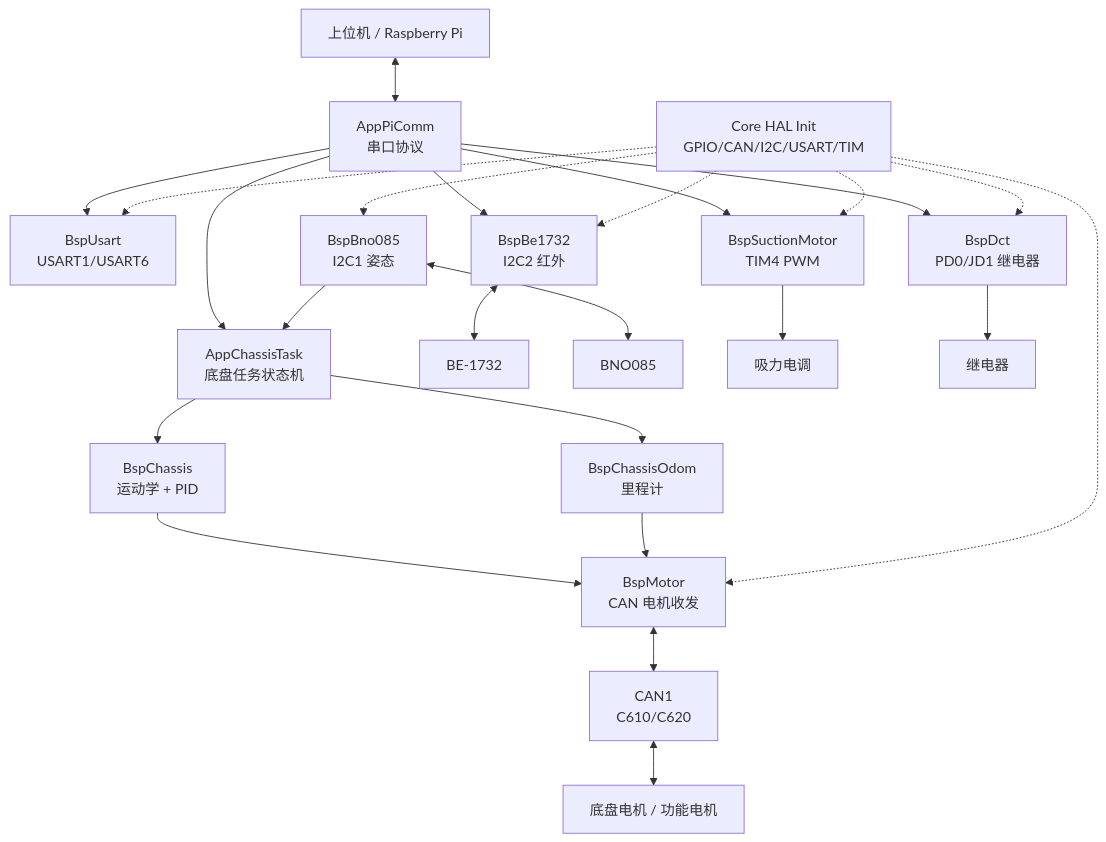
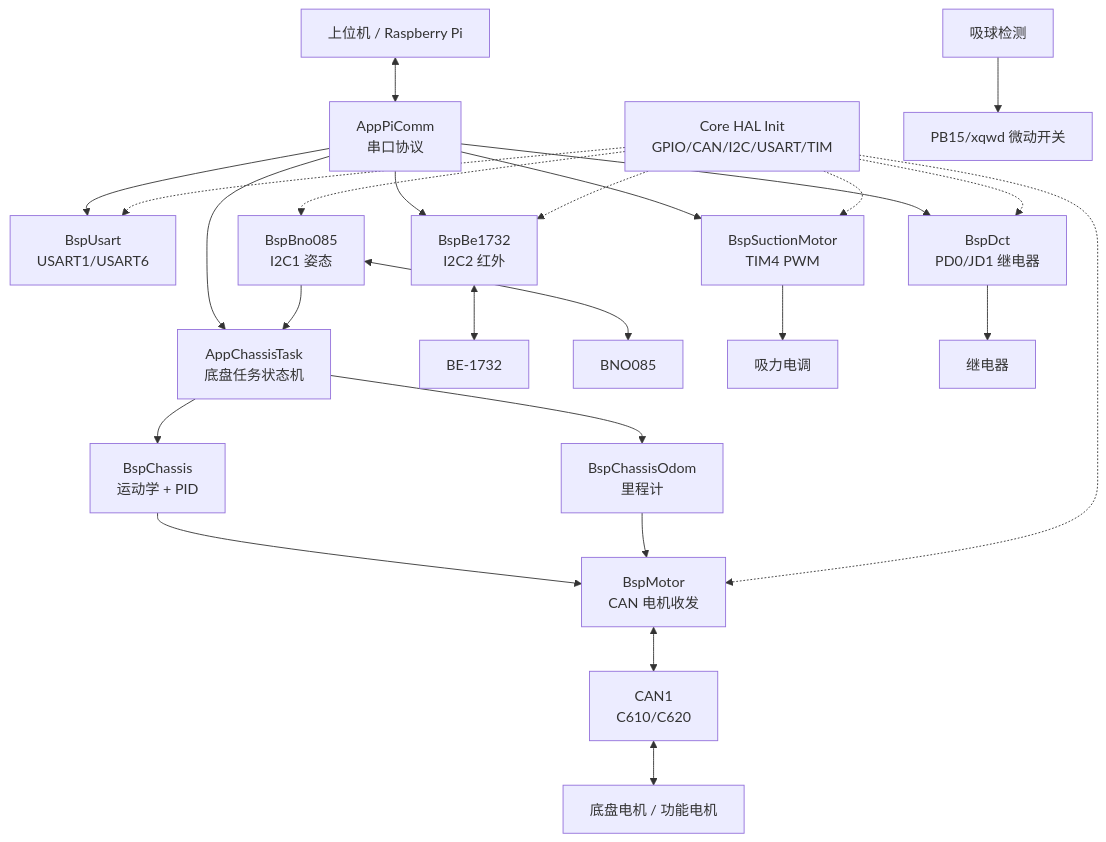
Before and after one commit to ChaseZhao619/RCJChassisDriver: the first of 13 diagrams in RCJchassisdiver/CODE_LOGIC.md, drawn with Mermaid. The commit also changed other lines of this file and 9 other files, not shown here.

````diff
--- a/RCJchassisdiver/CODE_LOGIC.md
+++ b/RCJchassisdiver/CODE_LOGIC.md
@@ -17,44 +17,45 @@
 ```mermaid
 flowchart TB
     Host["上位机 / Raspberry Pi"]
     AppPi["AppPiComm\n串口协议"]
     AppChassis["AppChassisTask\n底盘任务状态机"]
     Core["Core HAL Init\nGPIO/CAN/I2C/USART/TIM"]
     Usart["BspUsart\nUSART1/USART6"]
     Motor["BspMotor\nCAN 电机收发"]
     Chassis["BspChassis\n运动学 + PID"]
     Odom["BspChassisOdom\n里程计"]
     Imu["BspBno085\nI2C1 姿态"]
     Infra["BspBe1732\nI2C2 红外"]
     Suck["BspSuctionMotor\nTIM4 PWM"]
     Dct["BspDct\nPD0/JD1 继电器"]
     CanBus["CAN1\nC610/C620"]
     Motors["底盘电机 / 功能电机"]
     Be1732["BE-1732"]
     Bno085["BNO085"]
     Esc["吸力电调"]
 
     Host <--> AppPi
     AppPi --> AppChassis
     AppPi --> Infra
     AppPi --> Suck
     AppPi --> Dct
     AppPi --> Usart
     AppChassis --> Chassis
     AppChassis --> Odom
     Imu --> AppChassis
     Chassis --> Motor
     Odom --> Motor
     Motor <--> CanBus
     CanBus <--> Motors
     Infra <--> Be1732
     Imu <--> Bno085
     Suck --> Esc
+    SuckDetect["吸球检测"] --> Switch["PB15/xqwd 微动开关"]
     Dct --> Relay["继电器"]
     Core -.-> Usart
     Core -.-> Motor
     Core -.-> Infra
     Core -.-> Imu
     Core -.-> Suck
     Core -.-> Dct
 ```
````
